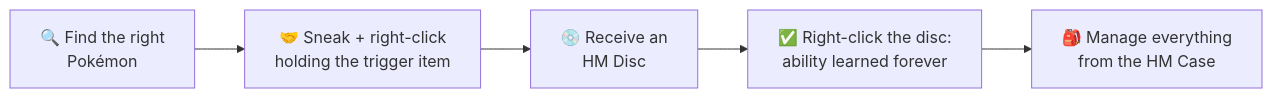
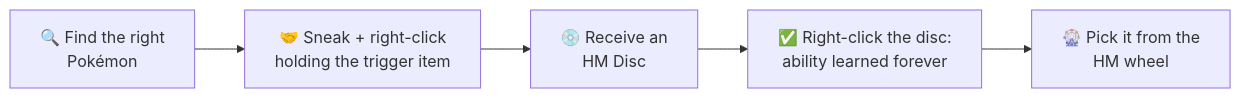
Before and after one commit to manucruzleiva/mod-wiki: the diagram in docs/ditto-hms/index.md, drawn with Mermaid. The commit also changed other lines of this file and 11 other files, not shown here.

````diff
--- a/docs/ditto-hms/index.md
+++ b/docs/ditto-hms/index.md
@@ -25,7 +25,7 @@
 ```mermaid
 flowchart LR
     A[🔍 Find the right\nPokémon] --> B[🤝 Sneak + right-click\nholding the trigger item]
     B --> C[💿 Receive an\nHM Disc]
     C --> D[✅ Right-click the disc:\nability learned forever]
-    D --> E[🎒 Manage everything\nfrom the HM Case]
+    D --> E[🎡 Pick it from the\nHM wheel]
 ```
````
